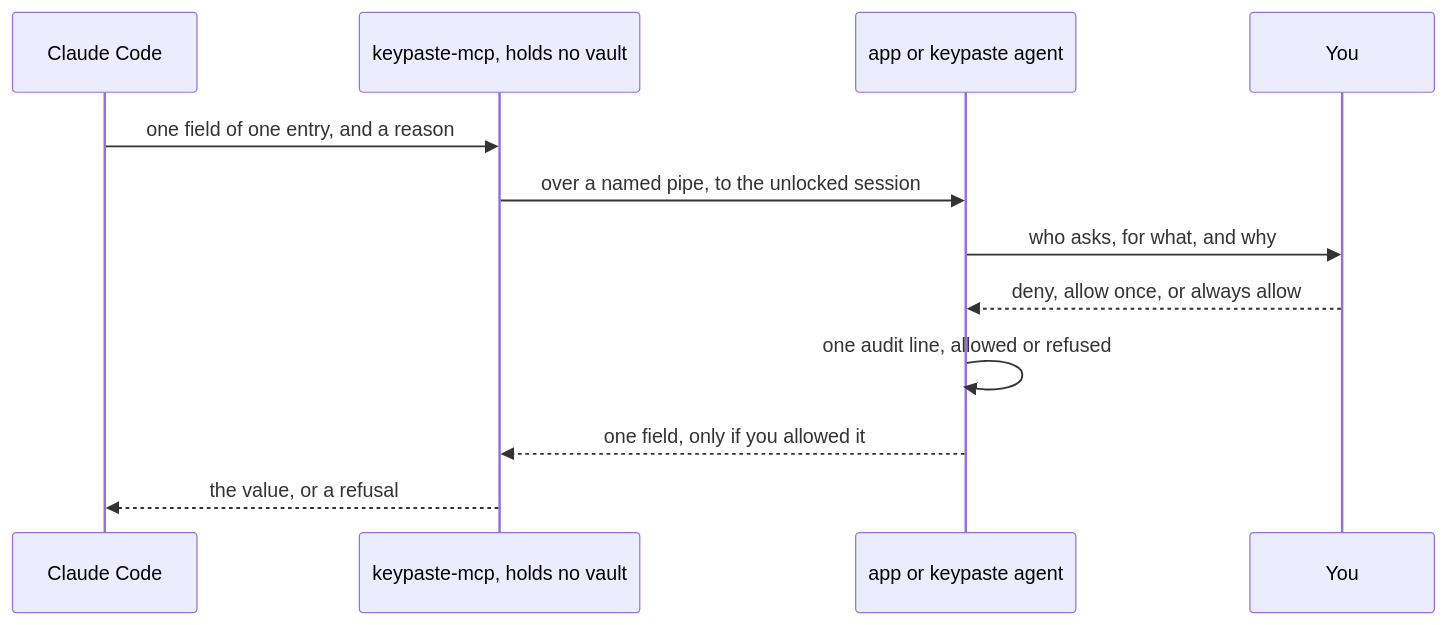
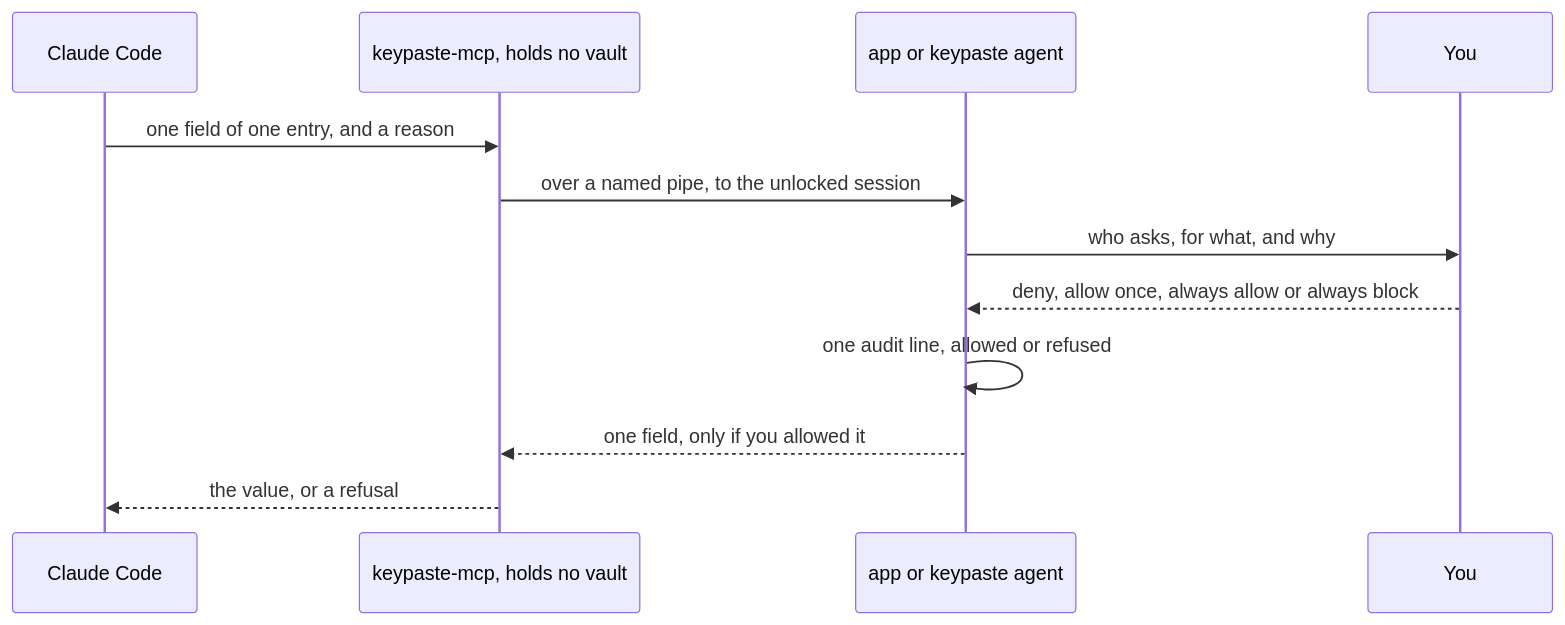
One commit to notinferred/keypaste changed the first of 2 diagrams in site/web/src/content/docs/products/agent-approvals.mdx. Above: the diagram before and after it, drawn with Mermaid. The commit also changed other lines of this file and 41 other files, not shown here.

````diff
--- a/site/web/src/content/docs/products/agent-approvals.mdx
+++ b/site/web/src/content/docs/products/agent-approvals.mdx
@@ -14,14 +14,14 @@
 ```mermaid
 sequenceDiagram
   participant C as Claude Code
   participant B as keypaste-mcp, holds no vault
   participant O as app or keypaste agent
   participant Y as You
   C->>B: one field of one entry, and a reason
   B->>O: over a named pipe, to the unlocked session
   O->>Y: who asks, for what, and why
-  Y-->>O: deny, allow once, or always allow
+  Y-->>O: deny, allow once, always allow or always block
   O->>O: one audit line, allowed or refused
   O-->>B: one field, only if you allowed it
   B-->>C: the value, or a refusal
 ```
````
